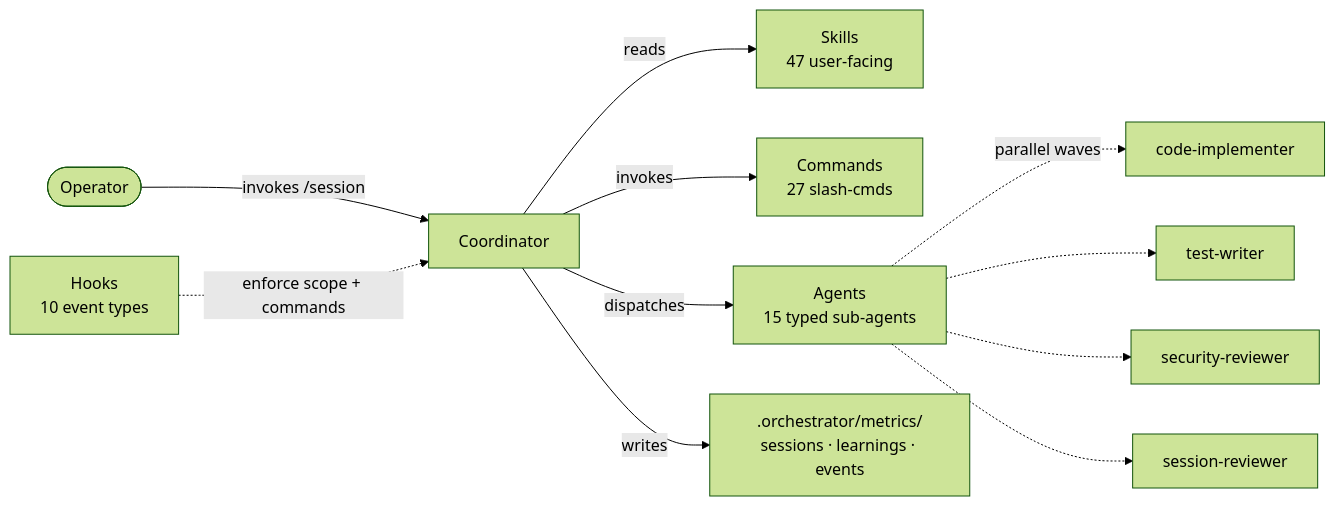
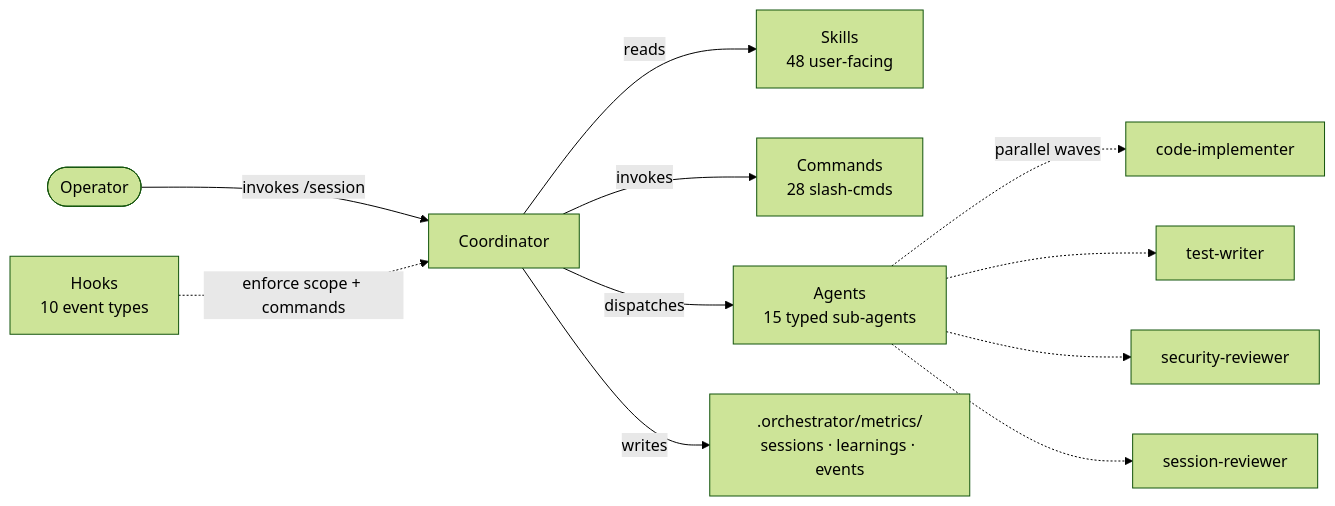
One commit to Kanevry/session-orchestrator changed the diagram in docs/components.md. Above: the diagram before and after it, drawn with Mermaid (forest theme). The commit also changed other lines of this file and 54 other files, not shown here.

````diff
--- a/docs/components.md
+++ b/docs/components.md
@@ -7,13 +7,13 @@
 ```mermaid
 flowchart LR
     USER([Operator]) -->|invokes /session| COORD[Coordinator]
-    COORD -->|reads| SK[Skills<br/>47 user-facing]
-    COORD -->|invokes| CMD[Commands<br/>27 slash-cmds]
+    COORD -->|reads| SK[Skills<br/>48 user-facing]
+    COORD -->|invokes| CMD[Commands<br/>28 slash-cmds]
     COORD -->|dispatches| AG[Agents<br/>15 typed sub-agents]
     AG -.->|parallel waves| W1[code-implementer]
     AG -.-> W2[test-writer]
     AG -.-> W3[security-reviewer]
     AG -.-> W4[session-reviewer]
     HOOK[Hooks<br/>10 event types] -.->|enforce scope + commands| COORD
     COORD -->|writes| METRIC[.orchestrator/metrics/<br/>sessions · learnings · events]
 ```
````
